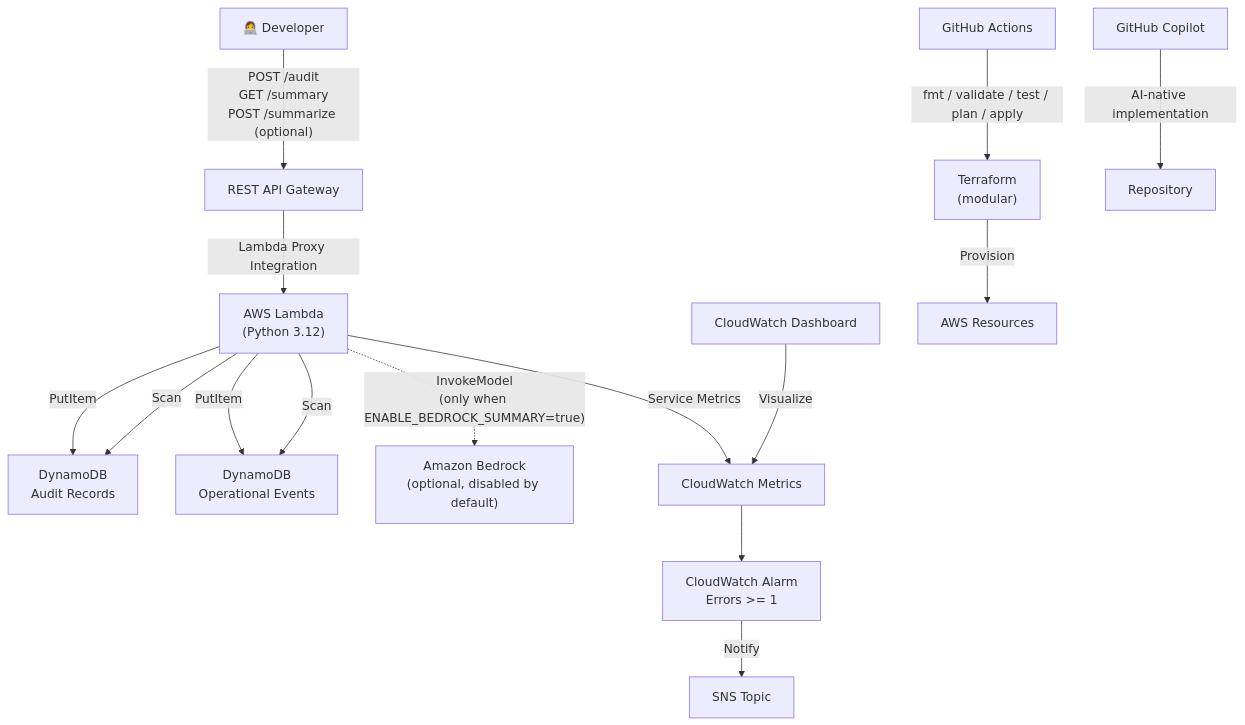
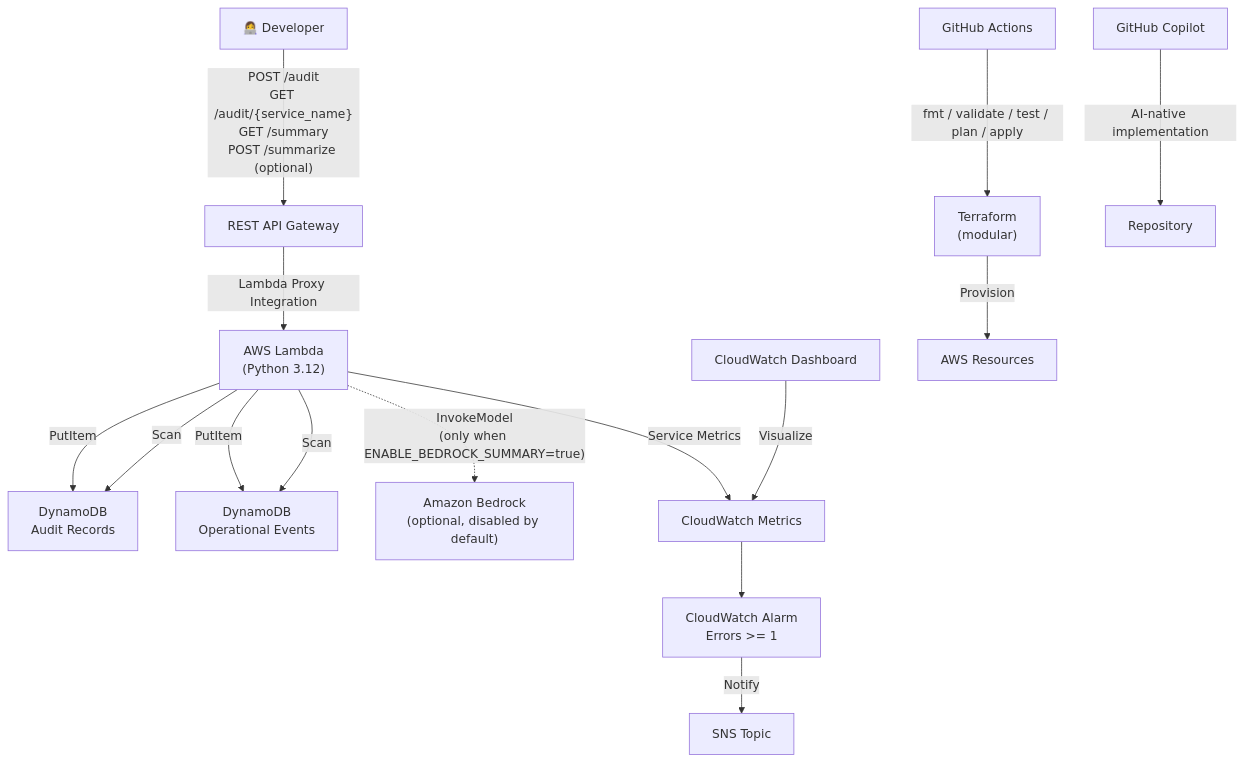
Before and after one commit to lumen-maximus/ngx-interview: the diagram in README.md, drawn with Mermaid. The commit also changed other lines of this file and 8 other files, not shown here.

First line of the commit message:
feat(api): GET /audit/{service_name} + service detail modal

````diff
--- a/README.md
+++ b/README.md
@@ -84,17 +84,17 @@
 ```mermaid
 flowchart TD
-    Dev["👩‍💻 Developer"] -->|"POST /audit\nGET /summary\nPOST /summarize (optional)"| APIGW["REST API Gateway"]
+    Dev["👩‍💻 Developer"] -->|"POST /audit\nGET /audit/{service_name}\nGET /summary\nPOST /summarize (optional)"| APIGW["REST API Gateway"]
     APIGW -->|"Lambda Proxy Integration"| Lambda["AWS Lambda\n(Python 3.12)"]
     Lambda -->|"PutItem"| AuditDB["DynamoDB\nAudit Records"]
     Lambda -->|"PutItem"| EventsDB["DynamoDB\nOperational Events"]
     Lambda -->|"Scan"| AuditDB
     Lambda -->|"Scan"| EventsDB
     Lambda -. "InvokeModel\n(only when ENABLE_BEDROCK_SUMMARY=true)" .-> Bedrock["Amazon Bedrock\n(optional, disabled by default)"]
     Lambda -->|"Service Metrics"| CWMetrics["CloudWatch Metrics"]
     CWMetrics --> CWAlarm["CloudWatch Alarm\nErrors >= 1"]
     CWAlarm -->|"Notify"| SNS["SNS Topic"]
     CWDash["CloudWatch Dashboard"] -->|"Visualize"| CWMetrics
     GHA["GitHub Actions"] -->|"fmt / validate / test / plan / apply"| TF["Terraform\n(modular)"]
     TF -->|"Provision"| AWS["AWS Resources"]
     Copilot["GitHub Copilot"] -->|"AI-native implementation"| Repo["Repository"]
 ```
````
